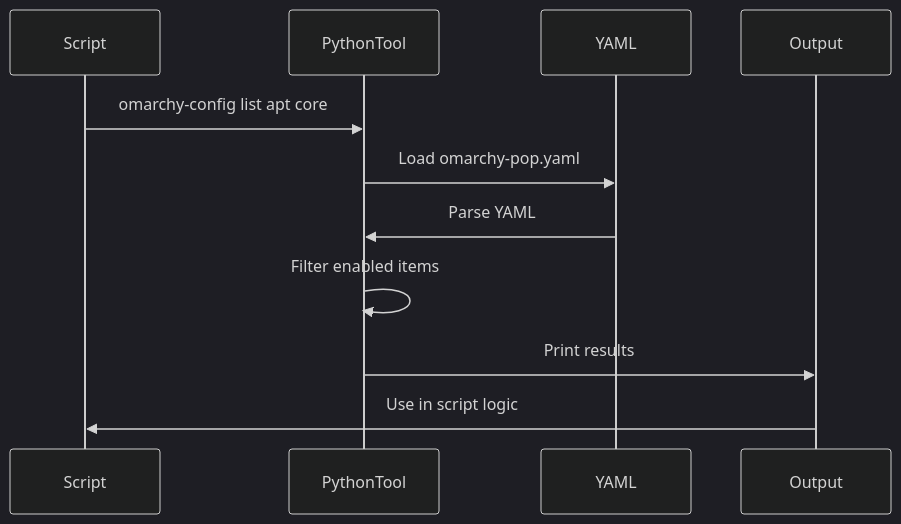
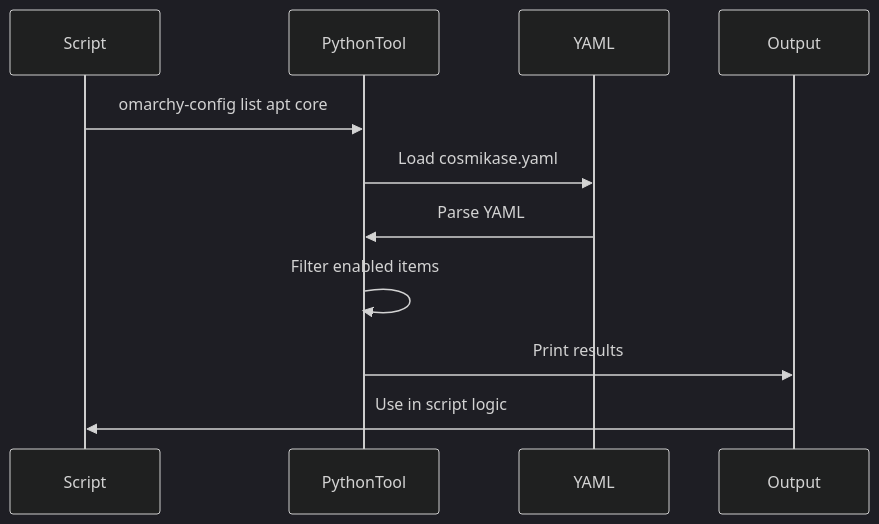
The fourth of 7 diagrams in docs/architecture.md (paulbrav/cosmikase), drawn with Mermaid (dark theme) before and after one commit. The commit also changed other lines of this file and 8 other files, not shown here.

````diff
--- a/docs/architecture.md
+++ b/docs/architecture.md
@@ -203,14 +203,14 @@
 ```mermaid
 sequenceDiagram
     participant Script
     participant PythonTool
     participant YAML
     participant Output
 
     Script->>PythonTool: omarchy-config list apt core
-    PythonTool->>YAML: Load omarchy-pop.yaml
+    PythonTool->>YAML: Load cosmikase.yaml
     YAML->>PythonTool: Parse YAML
     PythonTool->>PythonTool: Filter enabled items
     PythonTool->>Output: Print results
     Output->>Script: Use in script logic
 ```
````
